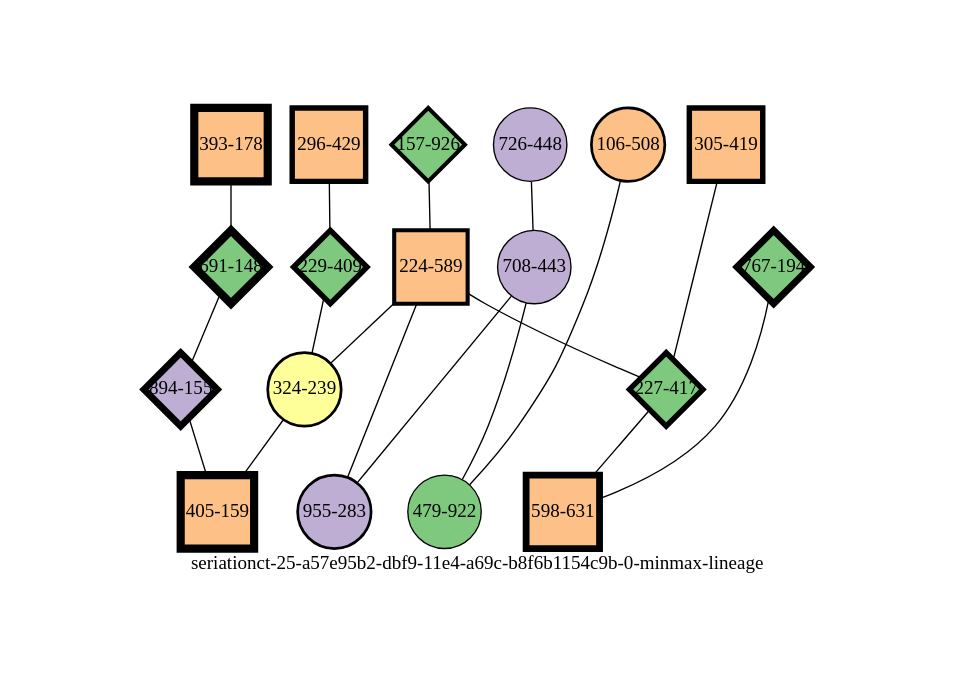
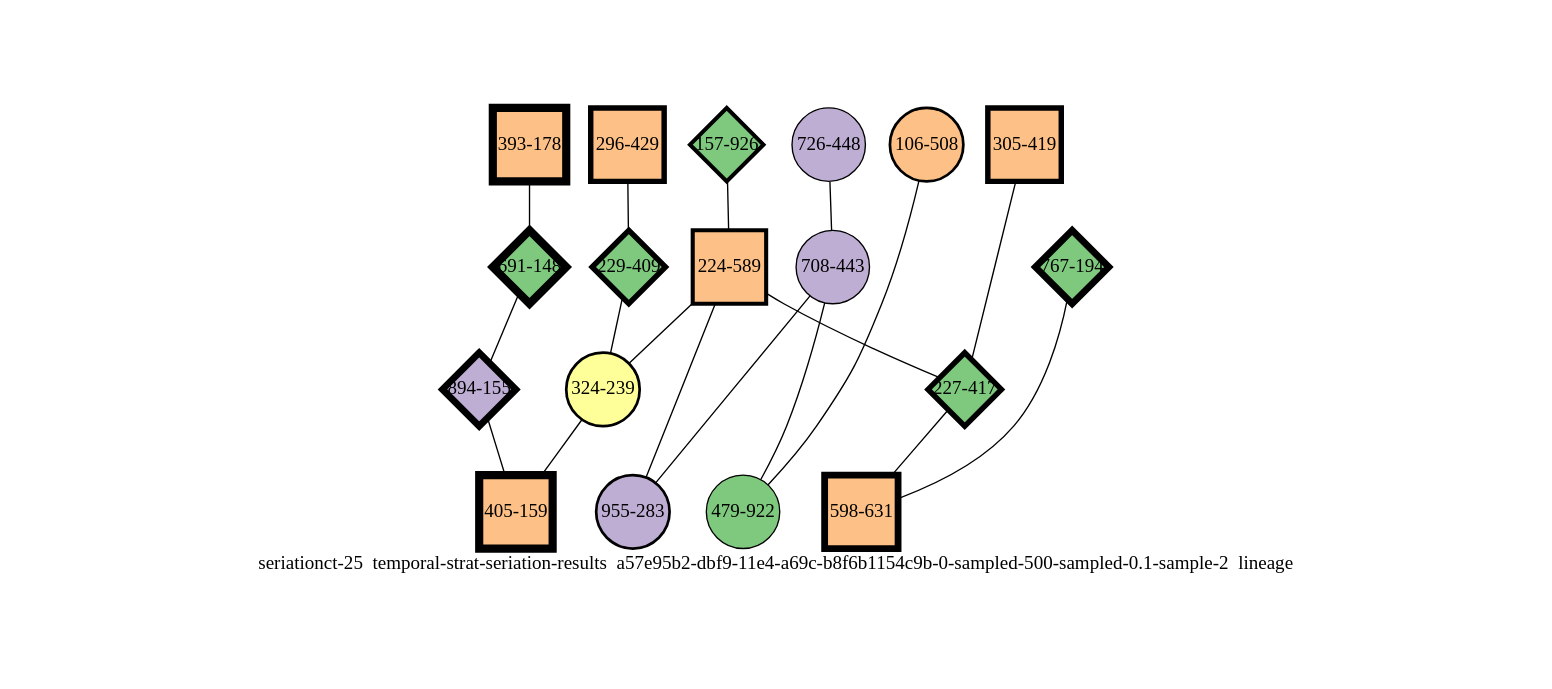
The diagram in experiments/seriationct-25/temporal-strat-seriation-results/a57e95b2-dbf9-11e4-a69c-b8f6b1154c9b-0-sampled-500-sampled-0.1-sample-2/a57e95b2-dbf9-11e4-a69c-b8f6b1154c9b-0-sampled-500-sampled-0.1-sample-2-minmax-by-weight.png-lineage-annotated-chronological.dot (mmadsen/experiment-seriationct), drawn with Graphviz before and after one commit. The commit also changed 1117 other files, not shown here.

```diff
--- a/experiments/seriationct-25/temporal-strat-seriation-results/a57e95b2-dbf9-11e4-a69c-b8f6b1154c9b-0-sampled-500-sampled-0.1-sample-2/a57e95b2-dbf9-11e4-a69c-b8f6b1154c9b-0-sampled-500-sampled-0.1-sample-2-minmax-by-weight.png-lineage-annotated-chronological.dot
+++ b/experiments/seriationct-25/temporal-strat-seriation-results/a57e95b2-dbf9-11e4-a69c-b8f6b1154c9b-0-sampled-500-sampled-0.1-sample-2/a57e95b2-dbf9-11e4-a69c-b8f6b1154c9b-0-sampled-500-sampled-0.1-sample-2-minmax-by-weight.png-lineage-annotated-chronological.dot
@@ -1,42 +1,42 @@
-strict graph "seriationct-25-a57e95b2-dbf9-11e4-a69c-b8f6b1154c9b-0-minmax-lineage" {
+strict graph "seriationct-25  temporal-strat-seriation-results  a57e95b2-dbf9-11e4-a69c-b8f6b1154c9b-0-sampled-500-sampled-0.1-sample-2  lineage" {
 labelloc=b;
 ratio=auto;
 pad="1.0";
-label="seriationct-25-a57e95b2-dbf9-11e4-a69c-b8f6b1154c9b-0-minmax-lineage";
+label="seriationct-25  temporal-strat-seriation-results  a57e95b2-dbf9-11e4-a69c-b8f6b1154c9b-0-sampled-500-sampled-0.1-sample-2  lineage";
 node [width="0.75", style=filled, fixedsize=true, height="0.75", shape=circle, label=""];
 0 [xCoordinate="448.0", appears_in_slice=1, yCoordinate="726.0", colorscheme=accent6, lineage_id=0, short_label="726-448", label="726-448", shape=circle, cluster_id=1, fillcolor=2, size="500.0", id=0, penwidth="1.0"];
 1 [xCoordinate="429.0", appears_in_slice=4, yCoordinate="296.0", colorscheme=accent6, lineage_id=1, short_label="296-429", label="296-429", shape=square, cluster_id=2, fillcolor=3, size="500.0", id=1, penwidth="4.0"];
 2 [xCoordinate="194.0", appears_in_slice=5, yCoordinate="767.0", colorscheme=accent6, lineage_id=2, short_label="767-194", label="767-194", shape=diamond, cluster_id=0, fillcolor=1, size="500.0", id=12, penwidth="5.0"];
 3 [xCoordinate="926.0", appears_in_slice=3, yCoordinate="157.0", colorscheme=accent6, lineage_id=2, short_label="157-926", label="157-926", shape=diamond, cluster_id=0, fillcolor=1, size="500.0", id=2, penwidth="3.0"];
 4 [xCoordinate="589.0", appears_in_slice=3, yCoordinate="224.0", colorscheme=accent6, lineage_id=1, short_label="224-589", label="224-589", shape=square, cluster_id=2, fillcolor=3, size="500.0", id=3, penwidth="3.0"];
 5 [xCoordinate="443.0", appears_in_slice=1, yCoordinate="708.0", colorscheme=accent6, lineage_id=0, short_label="708-443", label="708-443", shape=circle, cluster_id=1, fillcolor=2, size="500.0", id=4, penwidth="1.0"];
 6 [xCoordinate="508.0", appears_in_slice=2, yCoordinate="106.0", colorscheme=accent6, lineage_id=0, short_label="106-508", label="106-508", shape=circle, cluster_id=2, fillcolor=3, size="500.0", id=5, penwidth="2.0"];
 7 [xCoordinate="178.0", appears_in_slice=6, yCoordinate="393.0", colorscheme=accent6, lineage_id=1, short_label="393-178", label="393-178", shape=square, cluster_id=2, fillcolor=3, size="500.0", id=6, penwidth="6.0"];
 8 [xCoordinate="409.0", appears_in_slice=4, yCoordinate="229.0", colorscheme=accent6, lineage_id=2, short_label="229-409", label="229-409", shape=diamond, cluster_id=0, fillcolor=1, size="500.0", id=7, penwidth="4.0"];
 9 [xCoordinate="283.0", appears_in_slice=2, yCoordinate="955.0", colorscheme=accent6, lineage_id=0, short_label="955-283", label="955-283", shape=circle, cluster_id=1, fillcolor=2, size="500.0", id=8, penwidth="2.0"];
 10 [xCoordinate="148.0", appears_in_slice=6, yCoordinate="691.0", colorscheme=accent6, lineage_id=2, short_label="691-148", label="691-148", shape=diamond, cluster_id=0, fillcolor=1, size="500.0", id=9, penwidth="6.0"];
 11 [xCoordinate="419.0", appears_in_slice=4, yCoordinate="305.0", colorscheme=accent6, lineage_id=1, short_label="305-419", label="305-419", shape=square, cluster_id=2, fillcolor=3, size="500.0", id=10, penwidth="4.0"];
 12 [xCoordinate="239.0", appears_in_slice=2, yCoordinate="324.0", colorscheme=accent6, lineage_id=0, short_label="324-239", label="324-239", shape=circle, cluster_id=3, fillcolor=4, size="500.0", id=11, penwidth="2.0"];
 13 [xCoordinate="155.0", appears_in_slice=5, yCoordinate="894.0", colorscheme=accent6, lineage_id=2, short_label="894-155", label="894-155", shape=diamond, cluster_id=1, fillcolor=2, size="500.0", id=13, penwidth="5.0"];
 14 [xCoordinate="417.0", appears_in_slice=4, yCoordinate="227.0", colorscheme=accent6, lineage_id=2, short_label="227-417", label="227-417", shape=diamond, cluster_id=0, fillcolor=1, size="500.0", id=14, penwidth="4.0"];
 15 [xCoordinate="922.0", appears_in_slice=1, yCoordinate="479.0", colorscheme=accent6, lineage_id=0, short_label="479-922", label="479-922", shape=circle, cluster_id=0, fillcolor=1, size="500.0", id=15, penwidth="1.0"];
 16 [xCoordinate="159.0", appears_in_slice=6, yCoordinate="405.0", colorscheme=accent6, lineage_id=1, short_label="405-159", label="405-159", shape=square, cluster_id=2, fillcolor=3, size="500.0", id=16, penwidth="6.0"];
 17 [xCoordinate="631.0", appears_in_slice=5, yCoordinate="598.0", colorscheme=accent6, lineage_id=1, short_label="598-631", label="598-631", shape=square, cluster_id=2, fillcolor=3, size="500.0", id=17, penwidth="5.0"];
 0 -- 5  [inverseweight="16.59308279", weight="0.0602660766933"];
 1 -- 8  [inverseweight="14.8217291682", weight="0.0674685111737"];
 2 -- 17  [inverseweight="27.6924387811", weight="0.0361109401705"];
 3 -- 4  [inverseweight="1.1831213107", weight="0.845221864365"];
 4 -- 9  [inverseweight="2.35649899568", weight="0.424358339143"];
 4 -- 12  [inverseweight="2.11913875358", weight="0.471889817648"];
 4 -- 14  [inverseweight="2.55594863388", weight="0.391244169286"];
 5 -- 9  [inverseweight="2.10889756586", weight="0.474181399888"];
 5 -- 15  [inverseweight="2.29179439002", weight="0.436339317504"];
 6 -- 15  [inverseweight="1.97371154744", weight="0.506659649074"];
 7 -- 10  [inverseweight="10.9737820327", weight="0.0911262859992"];
 8 -- 12  [inverseweight="1.44239037608", weight="0.693293588604"];
 10 -- 13  [inverseweight="2.91407752575", weight="0.343161769432"];
 11 -- 14  [inverseweight="1.42343310386", weight="0.702526867814"];
 12 -- 16  [inverseweight="1.37545466291", weight="0.727032323903"];
 13 -- 16  [inverseweight="2.47591507543", weight="0.403891074425"];
 14 -- 17  [inverseweight="1.79519616336", weight="0.557042188707"];
 }
```
